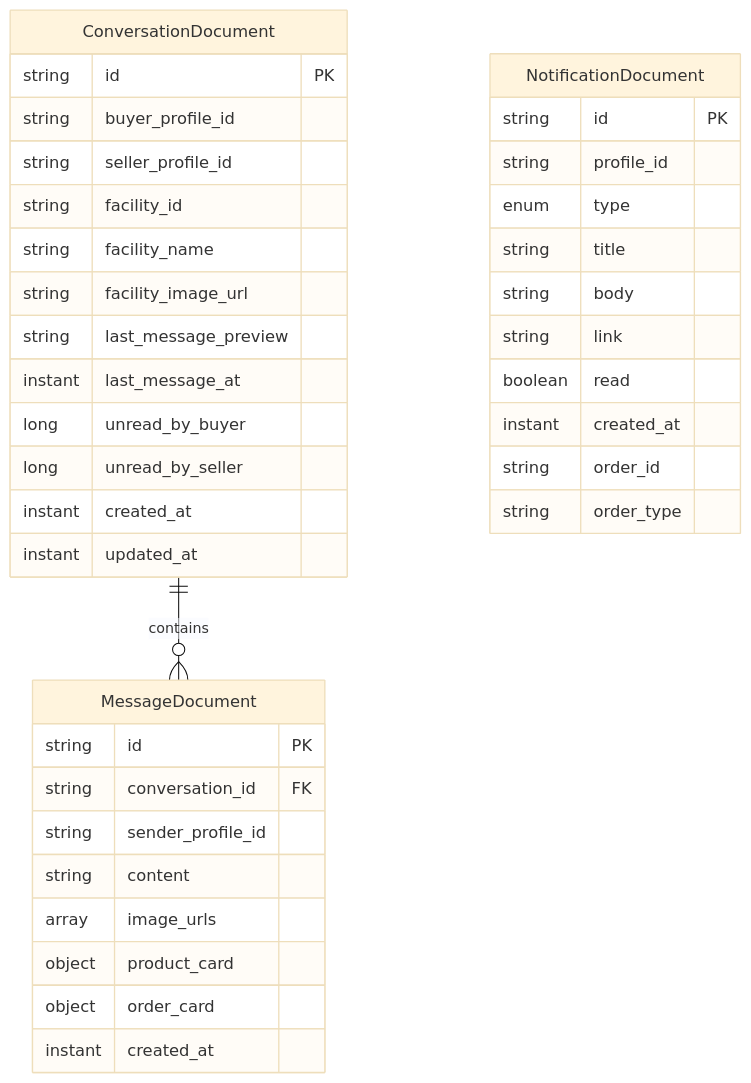
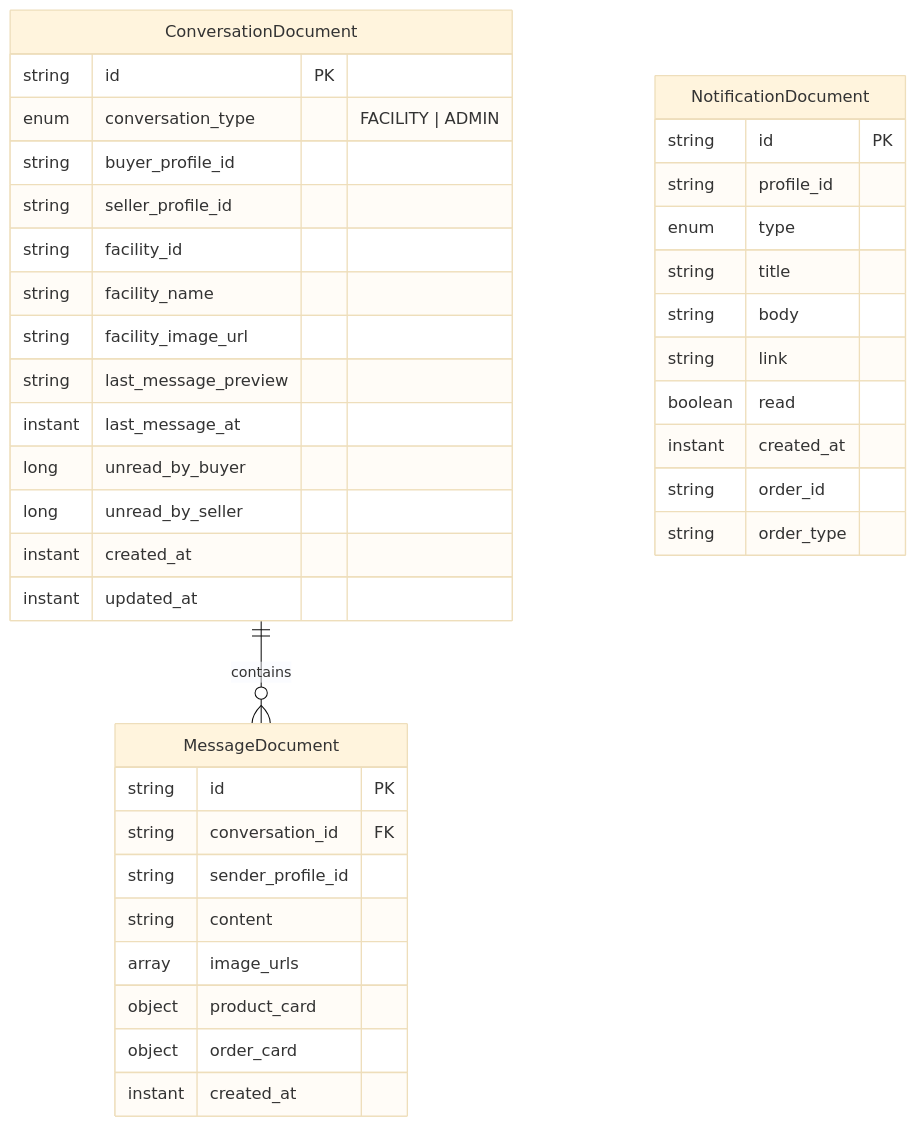
The first of 6 diagrams in mailservice/README.md (Naodab/Second_Life), drawn with Mermaid (base theme) before and after one commit. The commit also changed other lines of this file and 39 other files, not shown here.

````diff
--- a/mailservice/README.md
+++ b/mailservice/README.md
@@ -21,40 +21,41 @@
 ```mermaid
 erDiagram
     ConversationDocument {
         string id PK
+        enum conversation_type "FACILITY | ADMIN"
         string buyer_profile_id
         string seller_profile_id
         string facility_id
         string facility_name
         string facility_image_url
         string last_message_preview
         instant last_message_at
         long unread_by_buyer
         long unread_by_seller
         instant created_at
         instant updated_at
     }
     MessageDocument {
         string id PK
         string conversation_id FK
         string sender_profile_id
         string content
         array image_urls
         object product_card
         object order_card
         instant created_at
     }
     NotificationDocument {
         string id PK
         string profile_id
         enum type
         string title
         string body
         string link
         boolean read
         instant created_at
         string order_id
         string order_type
     }
     ConversationDocument ||--o{ MessageDocument : contains
 ```
````
